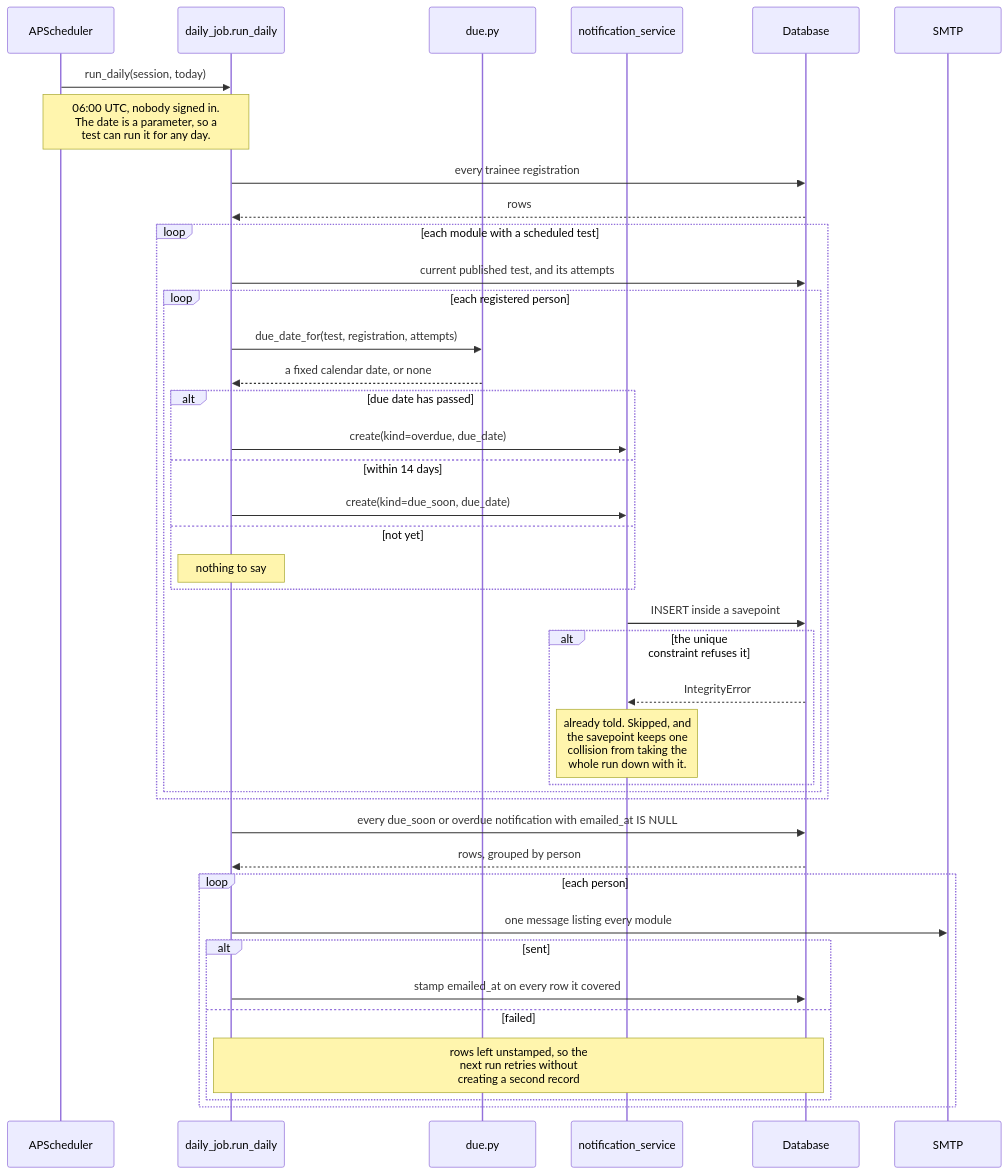
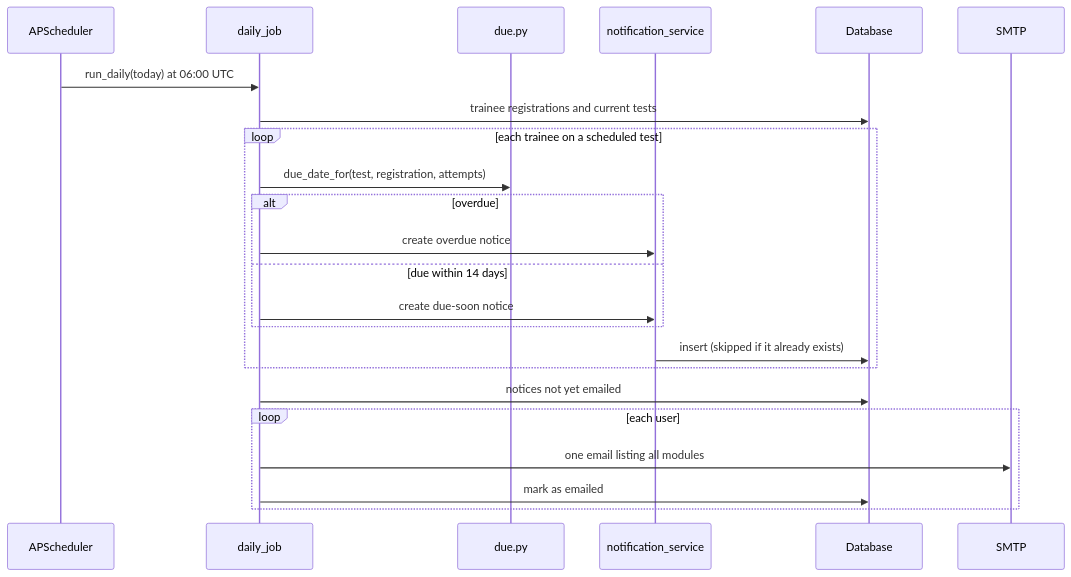
The eighth of 10 diagrams in docs/system-analysis-and-design.md (xTurki/awarness_project), drawn with Mermaid before and after one commit. The commit also changed other lines of this file and 147 other files, not shown here.

````diff
--- a/docs/system-analysis-and-design.md
+++ b/docs/system-analysis-and-design.md
@@ -812,46 +582,26 @@
 ```mermaid
 sequenceDiagram
     participant SCH as APScheduler
-    participant J as daily_job.run_daily
+    participant J as daily_job
     participant DU as due.py
     participant N as notification_service
     participant D as Database
     participant M as SMTP
 
-    SCH->>J: run_daily(session, today)
-    Note over SCH,J: 06:00 UTC, nobody signed in.<br/>The date is a parameter, so a<br/>test can run it for any day.
-
-    J->>D: every trainee registration
-    D-->>J: rows
-
-    loop each module with a scheduled test
-        J->>D: current published test, and its attempts
-        loop each registered person
-            J->>DU: due_date_for(test, registration, attempts)
-            DU-->>J: a fixed calendar date, or none
-            alt due date has passed
-                J->>N: create(kind=overdue, due_date)
-            else within 14 days
-                J->>N: create(kind=due_soon, due_date)
-            else not yet
-                Note over J: nothing to say
-            end
-            N->>D: INSERT inside a savepoint
-            alt the unique constraint refuses it
-                D-->>N: IntegrityError
-                Note over N: already told. Skipped, and<br/>the savepoint keeps one<br/>collision from taking the<br/>whole run down with it.
-            end
+    SCH->>J: run_daily(today) at 06:00 UTC
+    J->>D: trainee registrations and current tests
+    loop each trainee on a scheduled test
+        J->>DU: due_date_for(test, registration, attempts)
+        alt overdue
+            J->>N: create overdue notice
+        else due within 14 days
+            J->>N: create due-soon notice
         end
+        N->>D: insert (skipped if it already exists)
     end
-
-    J->>D: every due_soon or overdue notification with emailed_at IS NULL
-    D-->>J: rows, grouped by person
-    loop each person
-        J->>M: one message listing every module
-        alt sent
-            J->>D: stamp emailed_at on every row it covered
-        else failed
-            Note over J,D: rows left unstamped, so the<br/>next run retries without<br/>creating a second record
-        end
+    J->>D: notices not yet emailed
+    loop each user
+        J->>M: one email listing all modules
+        J->>D: mark as emailed
     end
 ```
````
